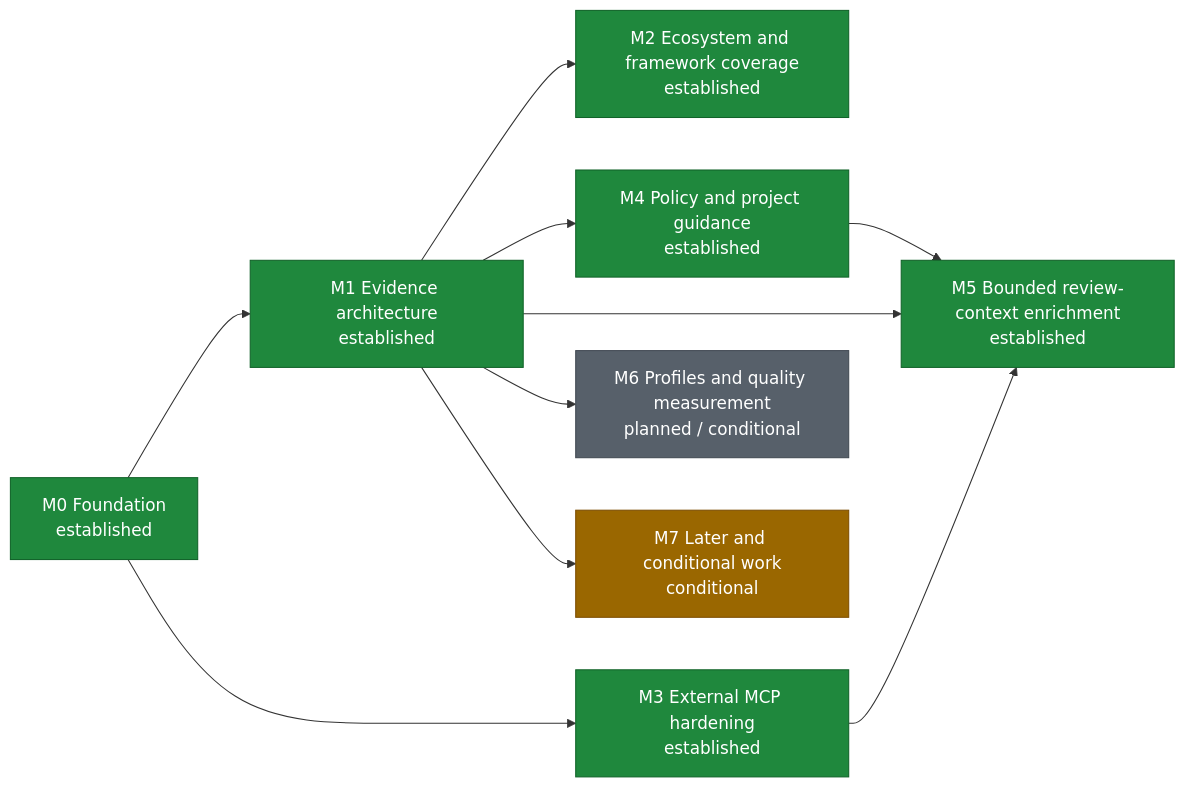
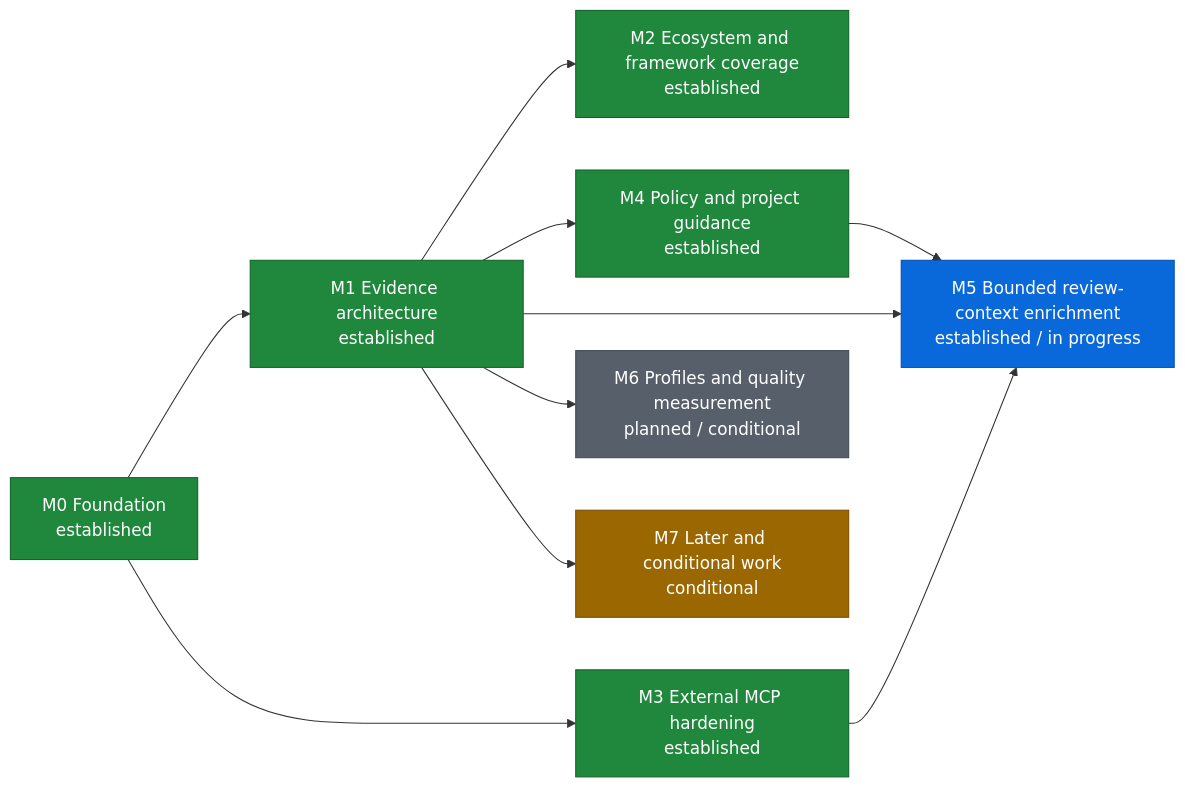
Before and after one commit to xeonvs/open-code-review-toolkit: the diagram in ROADMAP.md, drawn with Mermaid. The commit also changed other lines of this file and 101 other files, not shown here.

````diff
--- a/ROADMAP.md
+++ b/ROADMAP.md
@@ -8,21 +8,22 @@
 ```mermaid
 flowchart LR
     M0["M0 Foundation<br/>established"] --> M1["M1 Evidence architecture<br/>established"]
     M0 --> M3["M3 External MCP hardening<br/>established"]
     M1 --> M2["M2 Ecosystem and framework coverage<br/>established"]
     M1 --> M4["M4 Policy and project guidance<br/>established"]
-    M1 --> M5["M5 Bounded review-context enrichment<br/>established"]
+    M1 --> M5["M5 Bounded review-context enrichment<br/>established / in progress"]
     M3 --> M5
     M4 --> M5
     M1 --> M6["M6 Profiles and quality measurement<br/>planned / conditional"]
     M1 --> M7["M7 Later and conditional work<br/>conditional"]
 
     classDef established fill:#1f883d,stroke:#116329,color:#ffffff
     classDef next fill:#0969da,stroke:#0550ae,color:#ffffff
     classDef planned fill:#57606a,stroke:#424a53,color:#ffffff
     classDef conditional fill:#9a6700,stroke:#7d4e00,color:#ffffff
 
-    class M0,M1,M2,M3,M4,M5 established
+    class M0,M1,M2,M3,M4 established
+    class M5 next
     class M6 planned
     class M7 conditional
 ```
````
